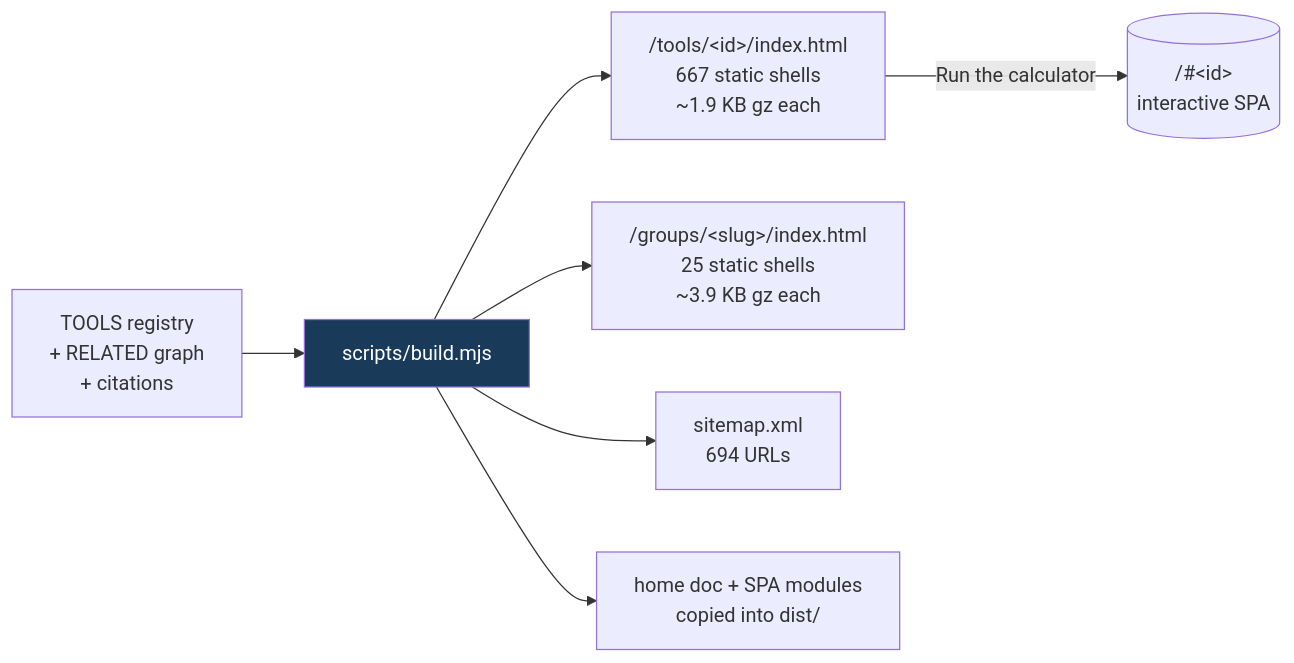
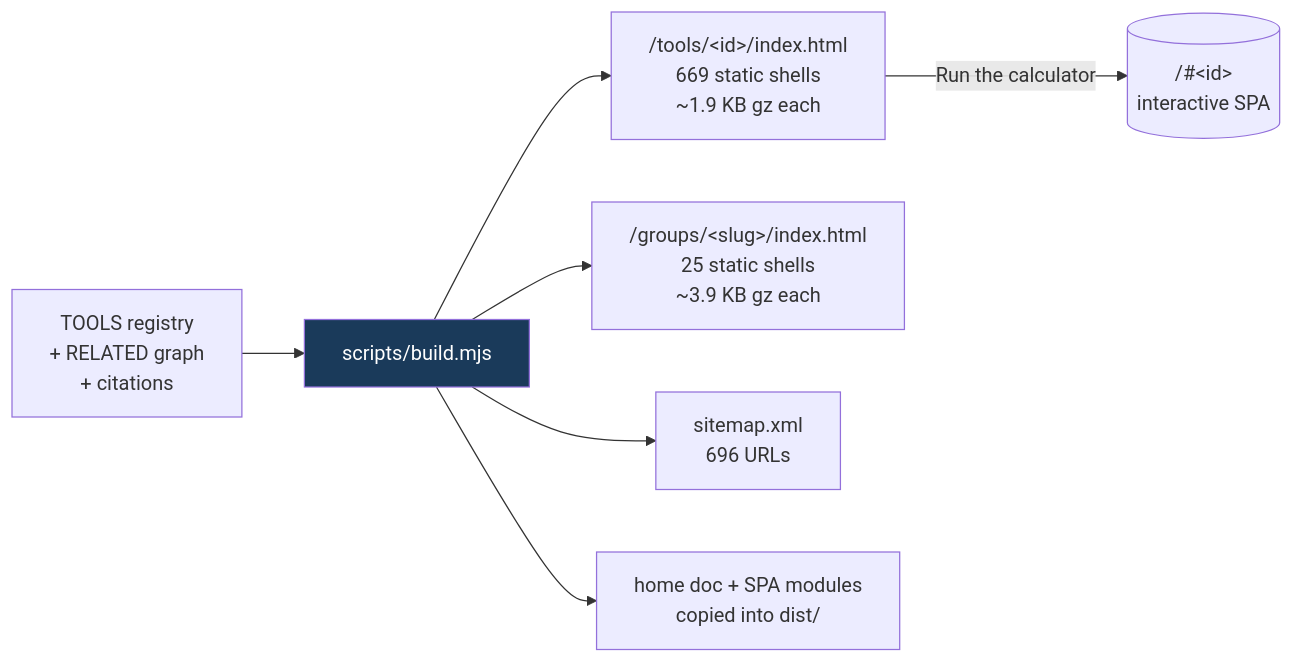
One commit to clay-good/roughlogic.com changed the fifth of 8 diagrams in README.md. Above: the diagram before and after it, drawn with Mermaid. The commit also changed other lines of this file and 15 other files, not shown here.

````diff
--- a/README.md
+++ b/README.md
@@ -438,10 +440,10 @@
 ```mermaid
 flowchart LR
     SRC[TOOLS registry\n+ RELATED graph\n+ citations] --> BUILD[scripts/build.mjs]
-    BUILD --> TILE["/tools/&lt;id&gt;/index.html\n667 static shells\n~1.9 KB gz each"]
+    BUILD --> TILE["/tools/&lt;id&gt;/index.html\n669 static shells\n~1.9 KB gz each"]
     BUILD --> GROUP["/groups/&lt;slug&gt;/index.html\n25 static shells\n~3.9 KB gz each"]
-    BUILD --> MAP["sitemap.xml\n694 URLs"]
+    BUILD --> MAP["sitemap.xml\n696 URLs"]
     BUILD --> COPY[home doc + SPA modules\ncopied into dist/]
     TILE -->|Run the calculator| SPA[("/#&lt;id&gt;\ninteractive SPA")]
     style BUILD fill:#1a3a5a,color:#fff
 ```
````
